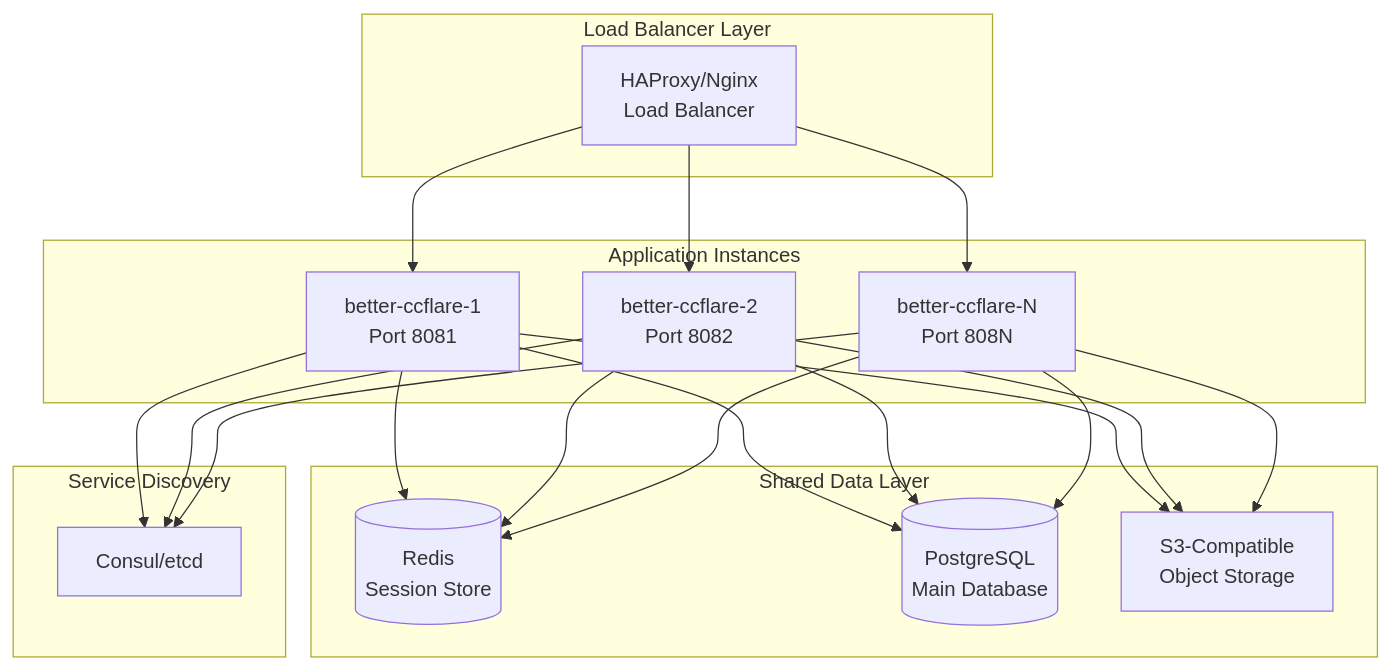
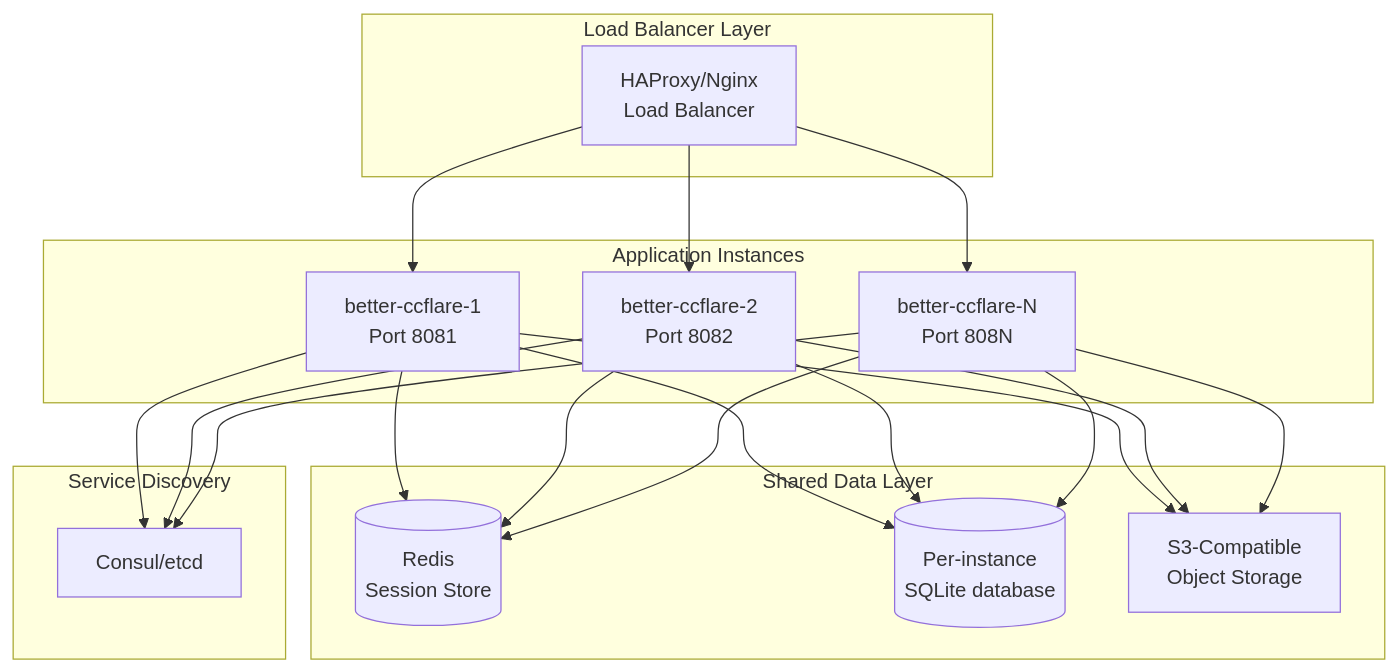
Before and after one commit to StartupBros/hov-router: the third of 3 diagrams in docs/deployment.md, drawn with Mermaid. The commit also changed other lines of this file and 103 other files, not shown here.

First line of the commit message:
feat!: drop PostgreSQL support; SQLite is the only database (#723)

````diff
--- a/docs/deployment.md
+++ b/docs/deployment.md
@@ -646,41 +646,41 @@
 ```mermaid
 graph TB
     subgraph "Load Balancer Layer"
         LB[HAProxy/Nginx<br/>Load Balancer]
     end
     
     subgraph "Application Instances"
         APP1[better-ccflare-1<br/>Port 8081]
         APP2[better-ccflare-2<br/>Port 8082]
         APP3[better-ccflare-N<br/>Port 808N]
     end
     
     subgraph "Shared Data Layer"
         REDIS[(Redis<br/>Session Store)]
-        PG[(PostgreSQL<br/>Main Database)]
+        DB[(Per-instance<br/>SQLite database)]
         S3[S3-Compatible<br/>Object Storage]
     end
     
     subgraph "Service Discovery"
         CONSUL[Consul/etcd]
     end
     
     LB --> APP1
     LB --> APP2
     LB --> APP3
     
     APP1 --> REDIS
-    APP1 --> PG
+    APP1 --> DB
     APP1 --> S3
     APP1 --> CONSUL
     
     APP2 --> REDIS
-    APP2 --> PG
+    APP2 --> DB
     APP2 --> S3
     APP2 --> CONSUL
     
     APP3 --> REDIS
-    APP3 --> PG
+    APP3 --> DB
     APP3 --> S3
     APP3 --> CONSUL
 ```
````
